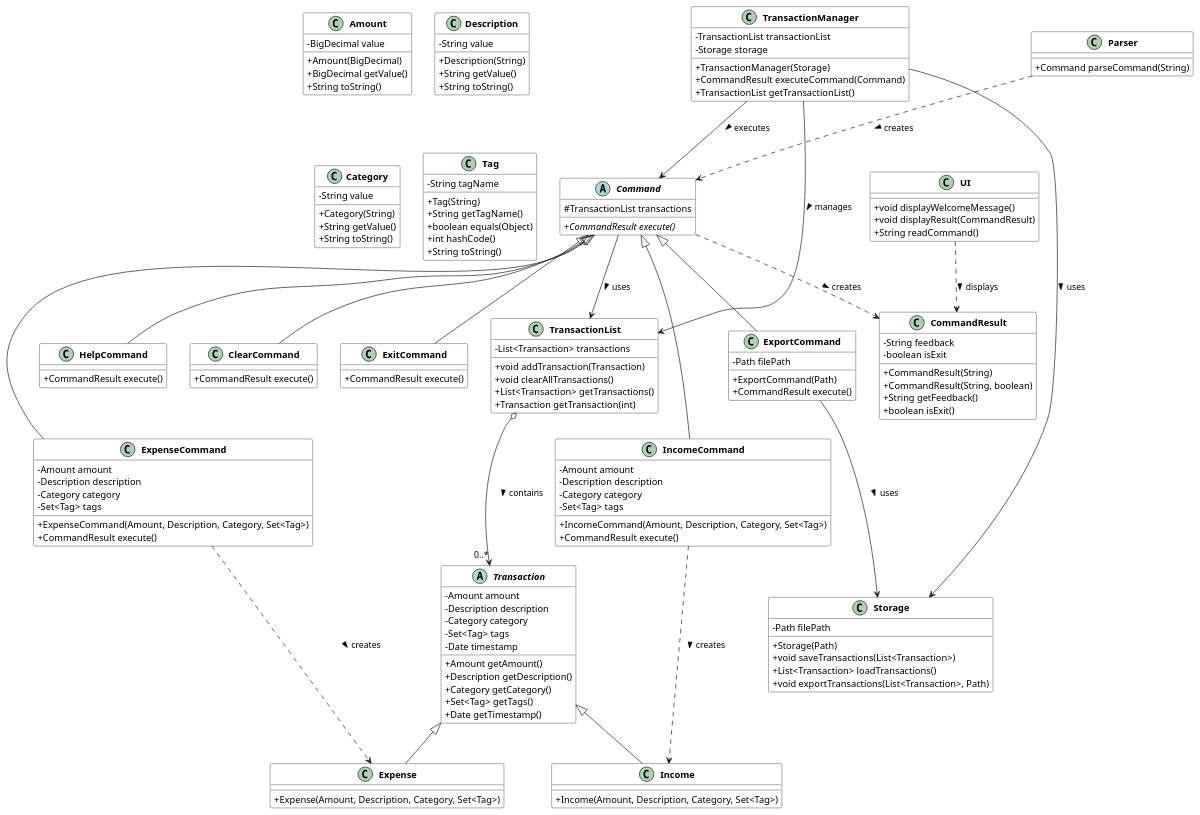
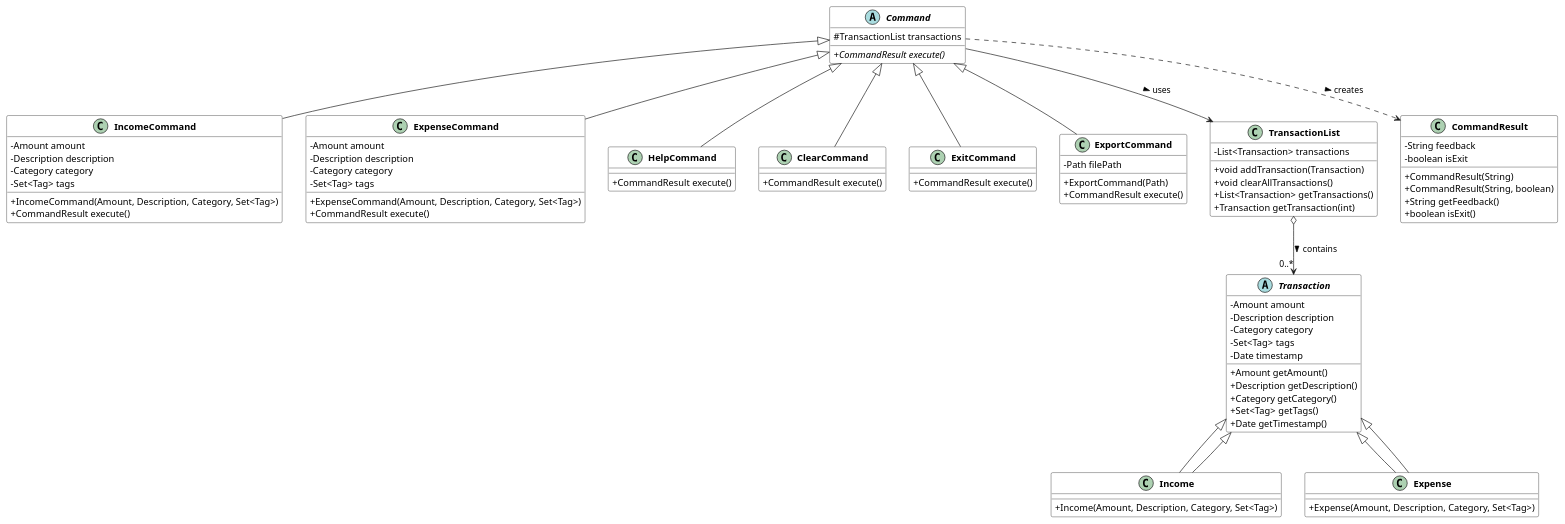
The first of 2 diagrams in docs/team/alaneel.md (laitcanard05/tp), drawn with PlantUML before and after one commit. The commit also changed other lines of this file and 4 other files, not shown here.

````diff
--- a/docs/team/alaneel.md
+++ b/docs/team/alaneel.md
@@ -72,4 +117,4 @@
-``` puml
+```puml
 @startuml Transaction Management Class Diagram
 skinparam classAttributeIconSize 0
 skinparam classFontStyle bold
@@ -155,73 +200,11 @@
   + boolean isExit()
 }
 
-class Amount {
-  - BigDecimal value
-  + Amount(BigDecimal)
-  + BigDecimal getValue()
-  + String toString()
-}
-
-class Description {
-  - String value
-  + Description(String)
-  + String getValue()
-  + String toString()
-}
-
-class Category {
-  - String value
-  + Category(String)
-  + String getValue()
-  + String toString()
-}
-
-class Tag {
-  - String tagName
-  + Tag(String)
-  + String getTagName()
-  + boolean equals(Object)
-  + int hashCode()
-  + String toString()
-}
-
-class TransactionManager {
-  - TransactionList transactionList
-  - Storage storage
-  + TransactionManager(Storage)
-  + CommandResult executeCommand(Command)
-  + TransactionList getTransactionList()
-}
-
-class Parser {
-  + Command parseCommand(String)
-}
-
-class Storage {
-  - Path filePath
-  + Storage(Path)
-  + void saveTransactions(List<Transaction>)
-  + List<Transaction> loadTransactions()
-  + void exportTransactions(List<Transaction>, Path)
-}
-
-class UI {
-  + void displayWelcomeMessage()
-  + void displayResult(CommandResult)
-  + String readCommand()
-}
-
+Transaction <|-- Income
+Transaction <|-- Expense
 Command --> TransactionList : uses >
 Command ..> CommandResult : creates >
-IncomeCommand ..> Income : creates >
-ExpenseCommand ..> Expense : creates >
-ExportCommand --> Storage : uses >
 TransactionList o--> "0..*" Transaction : contains >
-TransactionManager --> TransactionList : manages >
-TransactionManager --> Storage : uses >
-TransactionManager --> Command : executes >
-Parser ..> Command : creates >
-UI ..> CommandResult : displays >
 
 @enduml
 ```
````
